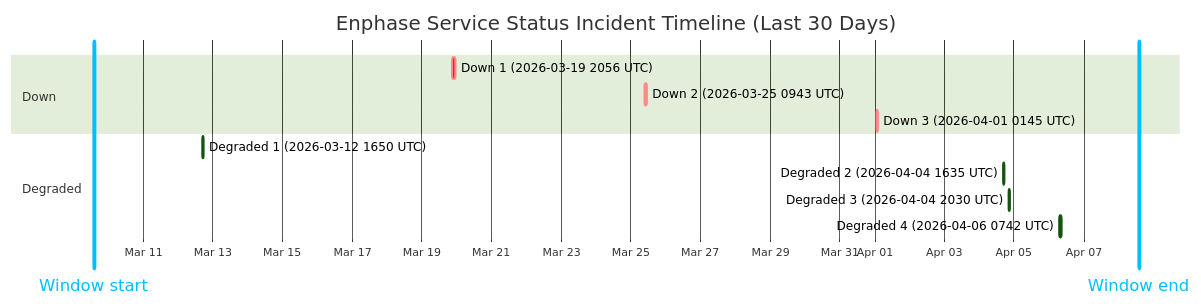
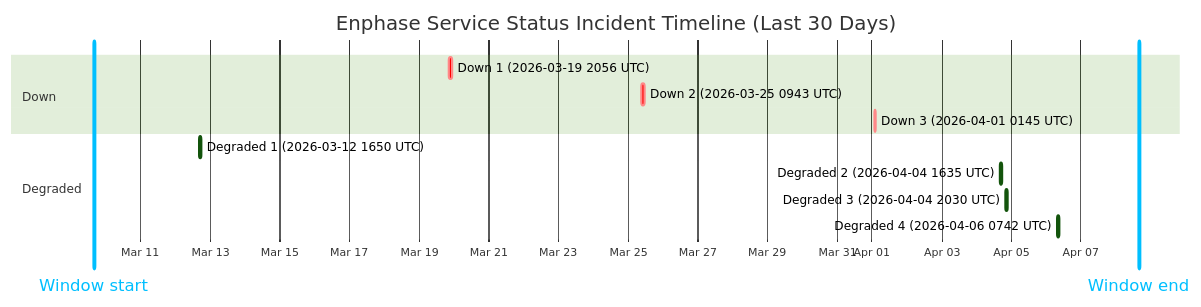
One commit to barneyonline/ha-enphase-ev-charger changed the diagram in wiki/Service-Status-History.md. Above: the diagram before and after it, drawn with Mermaid (forest theme). The commit also changed other lines of this file and 3 other files, not shown here.

````diff
--- a/wiki/Service-Status-History.md
+++ b/wiki/Service-Status-History.md
@@ -14,17 +14,17 @@
 ```mermaid
 gantt
     title Enphase Service Status Incident Timeline (Last 30 Days)
     dateFormat  YYYY-MM-DDTHH:mm:ss
     axisFormat  %b %d
-    Window start :vert, window-start, 2026-03-09T14:08:30, 0ms
-    Window end :vert, window-end, 2026-04-08T14:08:30, 0ms
+    Window start :vert, window-start, 2026-03-09T15:56:37, 0ms
+    Window end :vert, window-end, 2026-04-08T15:56:37, 0ms
     section Down
     Down 1 (2026-03-19 2056 UTC) :crit, down-1, 2026-03-19T20:56:20, 145m
     Down 2 (2026-03-25 0943 UTC) :crit, down-2, 2026-03-25T09:43:28, 111m
     Down 3 (2026-04-01 0145 UTC) :crit, down-3, 2026-04-01T01:45:09, 60m
     section Degraded
     Degraded 1 (2026-03-12 1650 UTC) :active, degraded-1, 2026-03-12T16:50:43, 60m
     Degraded 2 (2026-04-04 1635 UTC) :active, degraded-2, 2026-04-04T16:35:17, 60m
     Degraded 3 (2026-04-04 2030 UTC) :active, degraded-3, 2026-04-04T20:30:40, 60m
     Degraded 4 (2026-04-06 0742 UTC) :active, degraded-4, 2026-04-06T07:42:09, 85m
 ```
````
